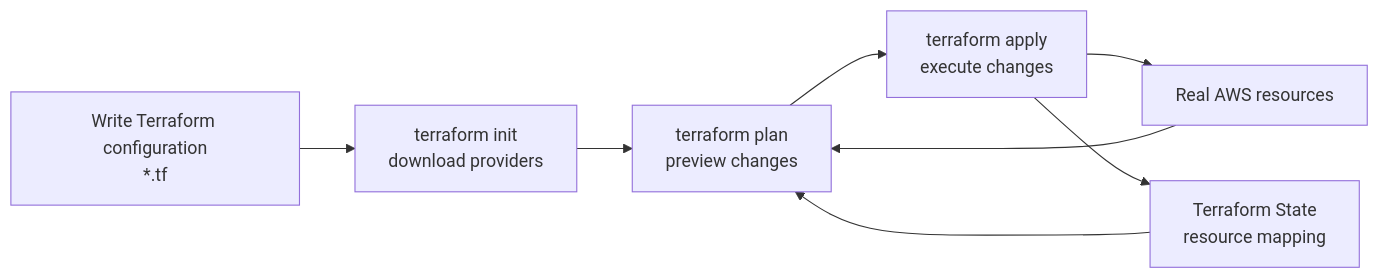
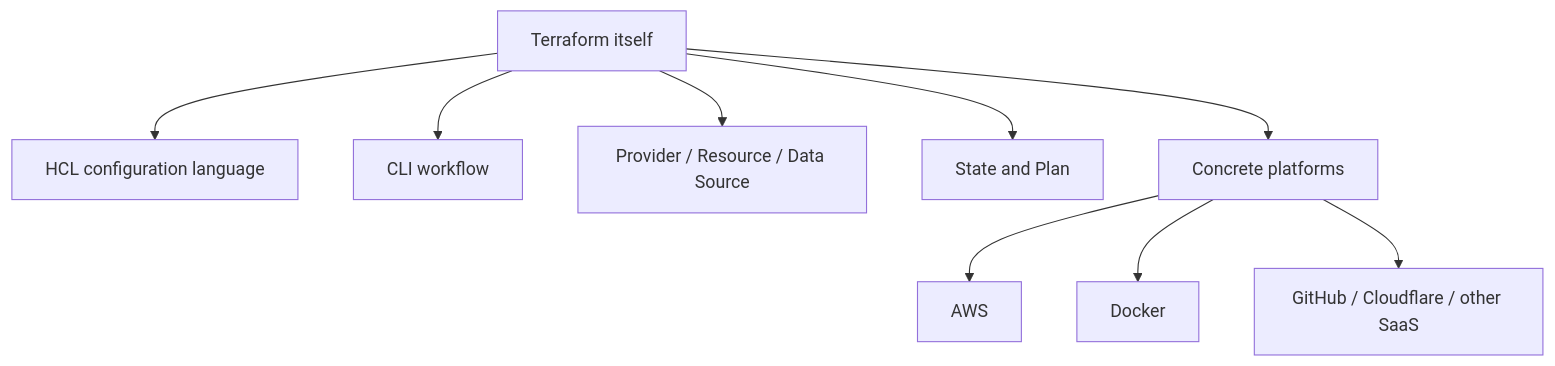
Before and after one commit to LeopardStack/LeopardStack.github.io: the first of 2 diagrams in content/posts/tech/terraform-aws-zero-to-production/01-account-bootstrap/index.en.md, drawn with Mermaid. The commit also changed other lines of this file and 1 other file, not shown here.

Commit message:
post: revise Terraform AWS series kickoff

````diff
--- a/content/posts/tech/terraform-aws-zero-to-production/01-account-bootstrap/index.en.md
+++ b/content/posts/tech/terraform-aws-zero-to-production/01-account-bootstrap/index.en.md
@@ -107,10 +43,11 @@
 ```mermaid
-flowchart LR
-    A["Write Terraform configuration<br/>*.tf"] --> B["terraform init<br/>download providers"]
-    B --> C["terraform plan<br/>preview changes"]
-    C --> D["terraform apply<br/>execute changes"]
-    D --> E["Real AWS resources"]
-    D --> F["Terraform State<br/>resource mapping"]
-    E --> C
-    F --> C
+flowchart TB
+    A["Terraform itself"] --> A1["HCL configuration language"]
+    A --> A2["CLI workflow"]
+    A --> A3["Provider / Resource / Data Source"]
+    A --> A4["State and Plan"]
+    B["Concrete platforms"] --> B1["AWS"]
+    B --> B2["Docker"]
+    B --> B3["GitHub / Cloudflare / other SaaS"]
+    A --> B
 ```
````
